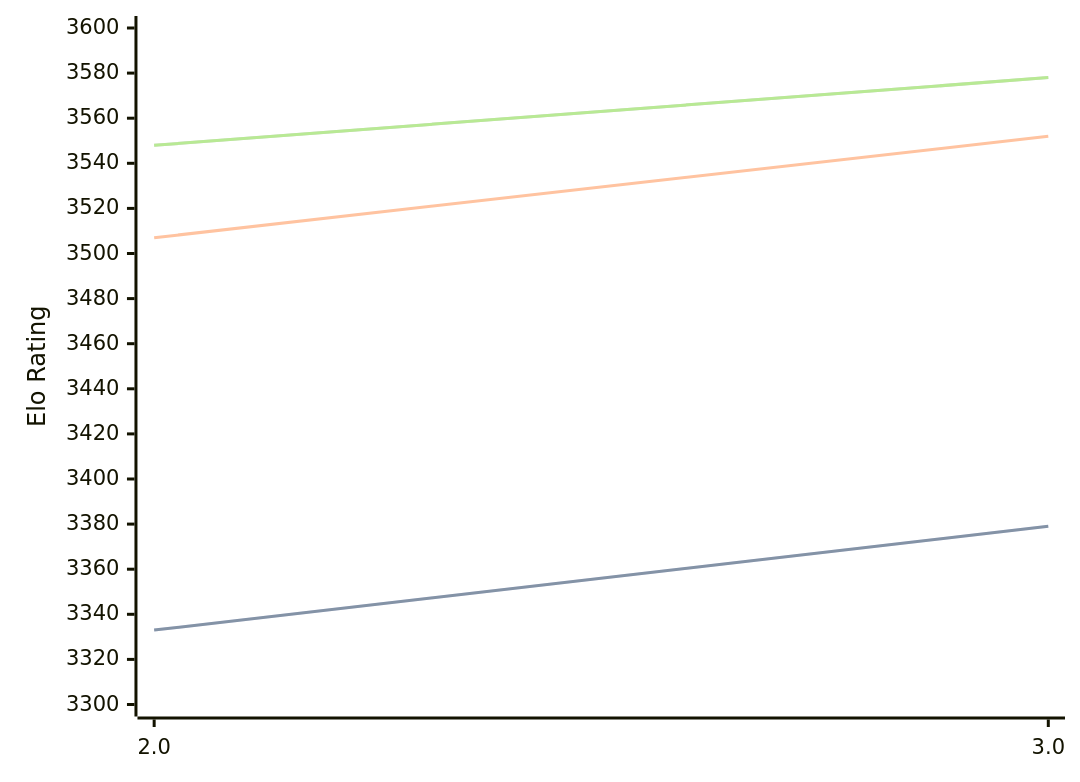
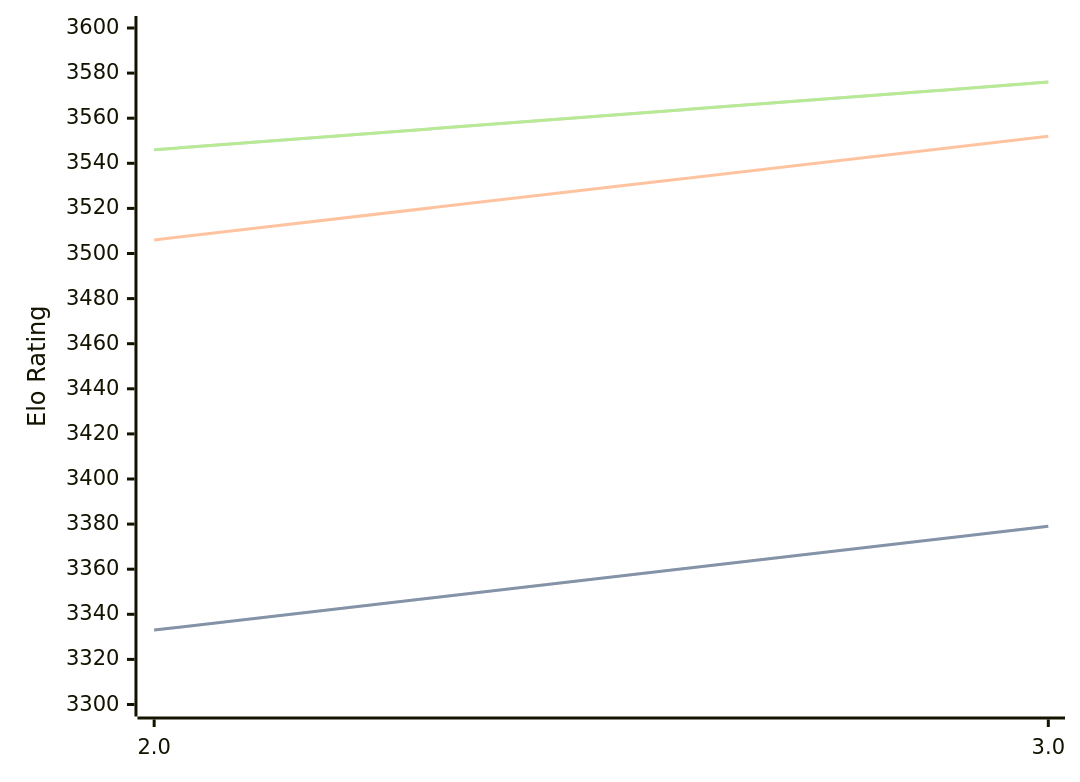
Before and after one commit to computer-chess-index/cci: the diagram in engines/Quanticade.md, drawn with Mermaid. The commit also changed other lines of this file, not shown here.

Commit message:
Update CCI Ratings (ELO VLTC) - 2026-04-28

````diff
--- a/engines/Quanticade.md
+++ b/engines/Quanticade.md
@@ -41,11 +41,11 @@
 ```mermaid
 %%{init: {"theme":"base","themeVariables":{"seriesColors:['#a3a3a3','#222221','#faa371']}}}%%
 xychart-beta
   x-axis ["2.0", "3.0"]
   y-axis "Elo Rating" 3300 --> 3600
   line "STC (8.0+0.08s)" [3333, 3379]
   line "STC (8.0+0.08s)" [3333, 3379]
-  line "LTC (60.0+0.60s)" [3507, 3552]
-  line "VLTC (2m24s+1.12s)" [3548, 3578]
-  line "VLTC (2m24s+1.12s)" [3548, 3578]
+  line "LTC (60.0+0.60s)" [3506, 3552]
+  line "VLTC (2m24s+1.12s)" [3546, 3576]
+  line "VLTC (2m24s+1.12s)" [3546, 3576]
 ```
````
